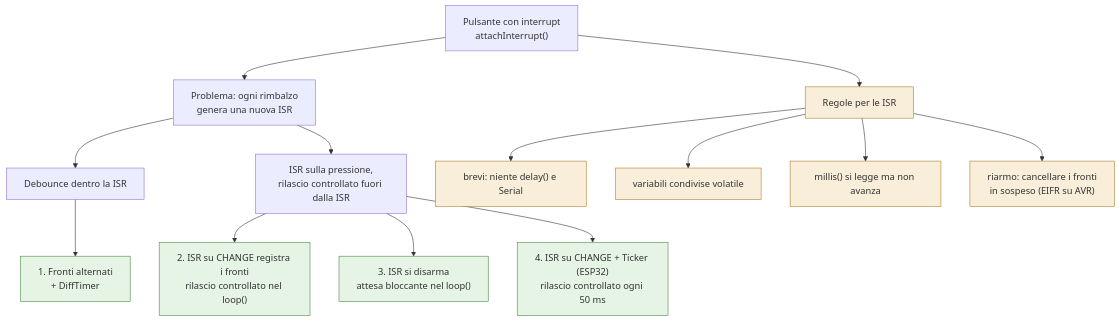
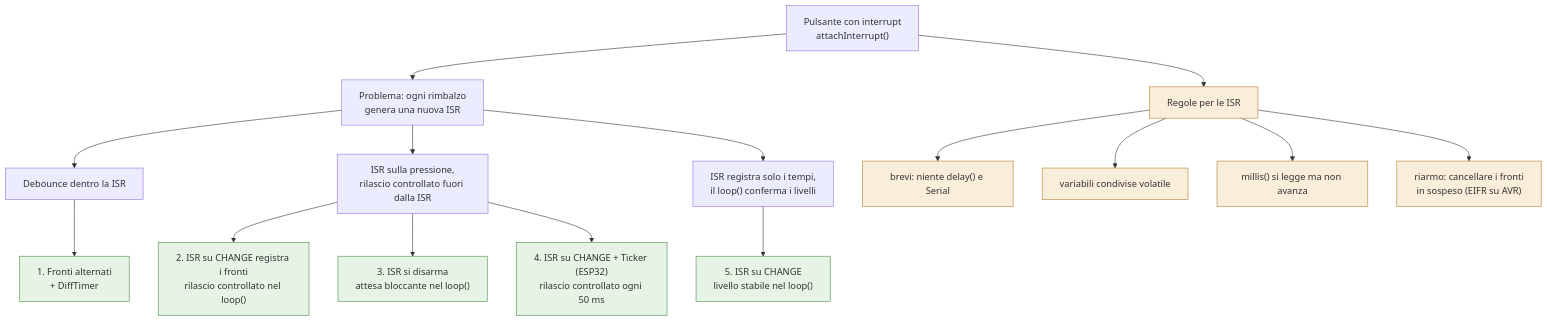
Before and after one commit to sebastianomelita/ArduinoBareMetal: the diagram in pulsanti-interrupt.md, drawn with Mermaid. The commit also changed other lines of this file and 1 other file, not shown here.

````diff
--- a/pulsanti-interrupt.md
+++ b/pulsanti-interrupt.md
@@ -27,19 +27,21 @@
 ```mermaid
 flowchart TD
     C["Pulsante con interrupt<br/>attachInterrupt()"] --> D["Problema: ogni rimbalzo<br/>genera una nuova ISR"]
     C --> R["Regole per le ISR"]
     D --> G1["Debounce dentro la ISR"]
     D --> L["ISR sulla pressione,<br/>rilascio controllato fuori dalla ISR"]
     G1 --> T1["1. Fronti alternati<br/>+ DiffTimer"]
     L --> T2["2. ISR su CHANGE registra i fronti<br/>rilascio controllato nel loop()"]
     L --> T3["3. ISR si disarma<br/>attesa bloccante nel loop()"]
     L --> T4["4. ISR su CHANGE + Ticker (ESP32)<br/>rilascio controllato ogni 50 ms"]
+    D --> S["ISR registra solo i tempi,<br/>il loop() conferma i livelli"]
+    S --> T5["5. ISR su CHANGE<br/>livello stabile nel loop()"]
     R --> R1["brevi: niente delay() e Serial"]
     R --> R2["variabili condivise volatile"]
     R --> R3["millis() si legge ma non avanza"]
     R --> R4["riarmo: cancellare i fronti<br/>in sospeso (EIFR su AVR)"]
     classDef tecnica fill:#e5f4e4,stroke:#4a8a46
     classDef regola fill:#f9eeda,stroke:#b07d2b
-    class T1,T2,T3,T4 tecnica
+    class T1,T2,T3,T4,T5 tecnica
     class R,R1,R2,R3,R4 regola
 ```
````
